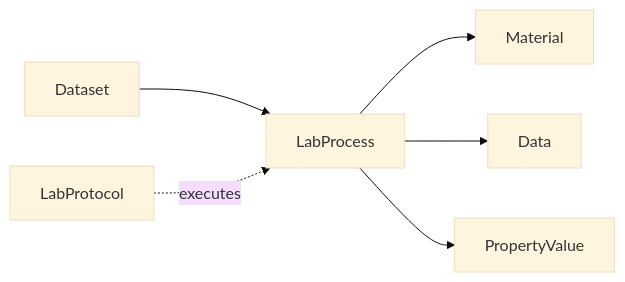
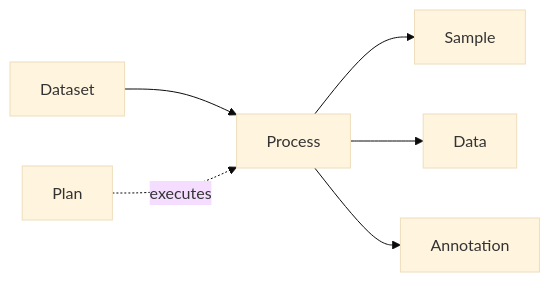
Before and after one commit to HLWeil/ProcessCore: the diagram in docs/index.md, drawn with Mermaid (base theme). The commit also changed 134 other files, not shown here.

````diff
--- a/docs/index.md
+++ b/docs/index.md
@@ -25,8 +25,8 @@
 ```mermaid
 flowchart LR
-    dataset[Dataset] --> process[LabProcess]
-    process --> material[Material]
+    dataset[Dataset] --> process[Process]
+    process --> sample[Sample]
     process --> data[Data]
-    protocol[LabProtocol] -. executes .-> process
-    process --> value[PropertyValue]
+    protocol[Plan] -. executes .-> process
+    process --> value[Annotation]
 ```
````
